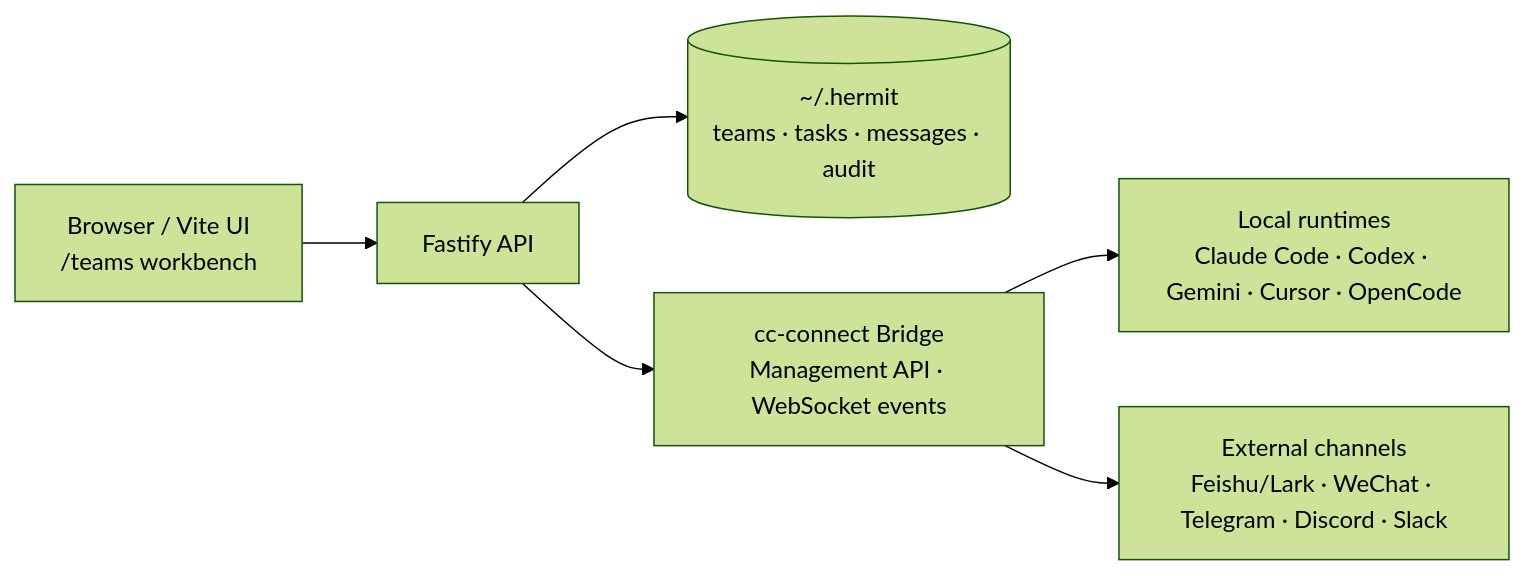
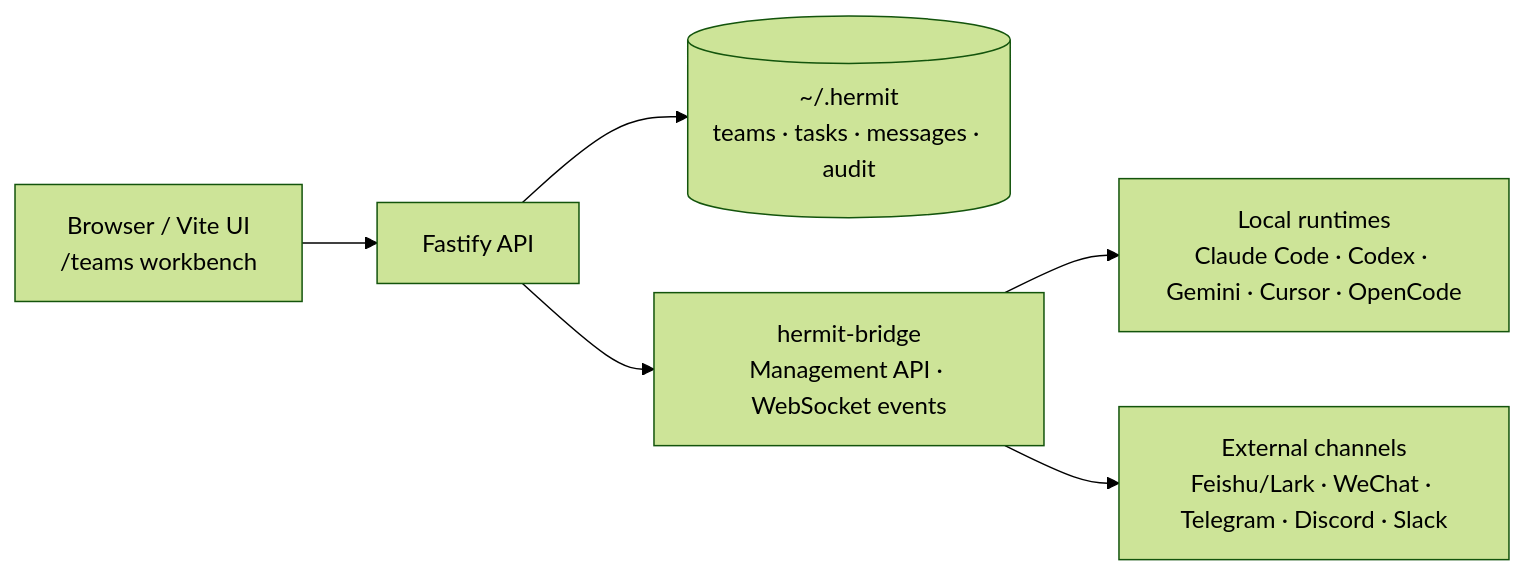
One commit to yancyuu/agentcli changed the diagram in README.md. Above: the diagram before and after it, drawn with Mermaid (forest theme). The commit also changed other lines of this file and 10 other files, not shown here.

First line of the commit message:
feat(runtime): rename bundled bridge to hermit-bridge

````diff
--- a/README.md
+++ b/README.md
@@ -159,15 +160,15 @@
 ```mermaid
 flowchart LR
   UI[Browser / Vite UI<br/>/teams workbench]
   API[Fastify API]
   Store[(~/.hermit<br/>teams · tasks · messages · audit)]
-  Bridge[cc-connect Bridge<br/>Management API · WebSocket events]
+  Bridge[hermit-bridge<br/>Management API · WebSocket events]
   Runtimes[Local runtimes<br/>Claude Code · Codex · Gemini · Cursor · OpenCode]
   Channels[External channels<br/>Feishu/Lark · WeChat · Telegram · Discord · Slack]
 
   UI --> API
   API --> Store
   API --> Bridge
   Bridge --> Runtimes
   Bridge --> Channels
 ```
````
